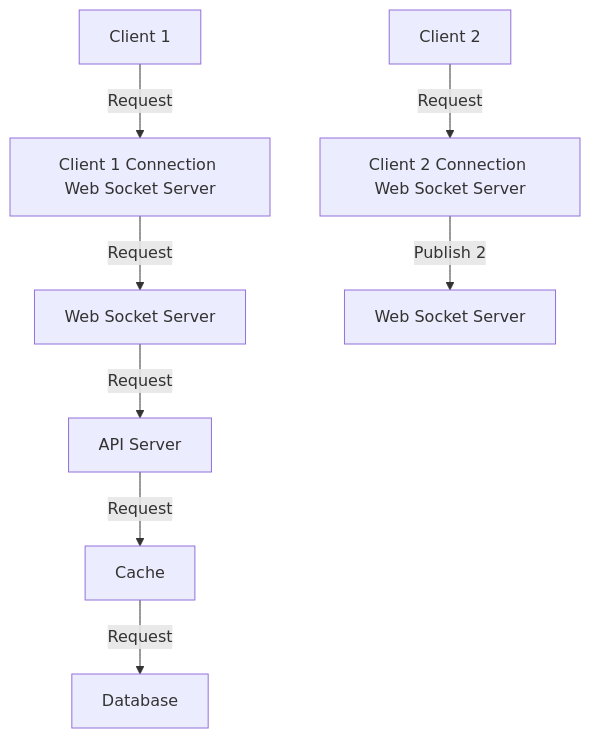
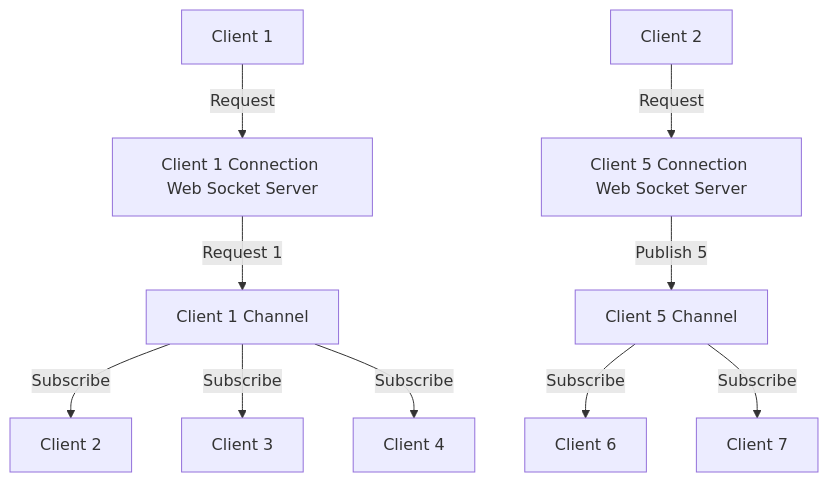
One commit to jiunbae/Large-Scale-System changed the third of 3 diagrams in study/week-3.md. Above: the diagram before and after it, drawn with Mermaid. The commit also changed other lines of this file, not shown here.

````diff
--- a/study/week-3.md
+++ b/study/week-3.md
@@ -91,11 +91,12 @@
 ```mermaid
 graph TD;
     A[Client 1] -->|Request| B[Client 1 Connection Web Socket Server]
-    B -->|Request| C[Web Socket Server]
-    C -->|Request| D[API Server]
-    D -->|Request| E[Cache]
-    E -->|Request| F[Database]
-    A2[Client 2] -->|Request| B2[Client 2 Connection Web Socket Server]
-    B2 --> |Publish 2| C2[Web Socket Server]
-
+    B -->|Request 1| C[Client 1 Channel]
+    C --> |Subscribe| E1[Client 2]
+    C --> |Subscribe| E2[Client 3]
+    C --> |Subscribe| E3[Client 4]
+    A2[Client 2] -->|Request| B2[Client 5 Connection Web Socket Server]
+    B2 --> |Publish  5| C2[Client 5 Channel]
+    C2 --> |Subscribe| E4[Client 6]
+    C2 --> |Subscribe| E5[Client 7]
 ```
````
